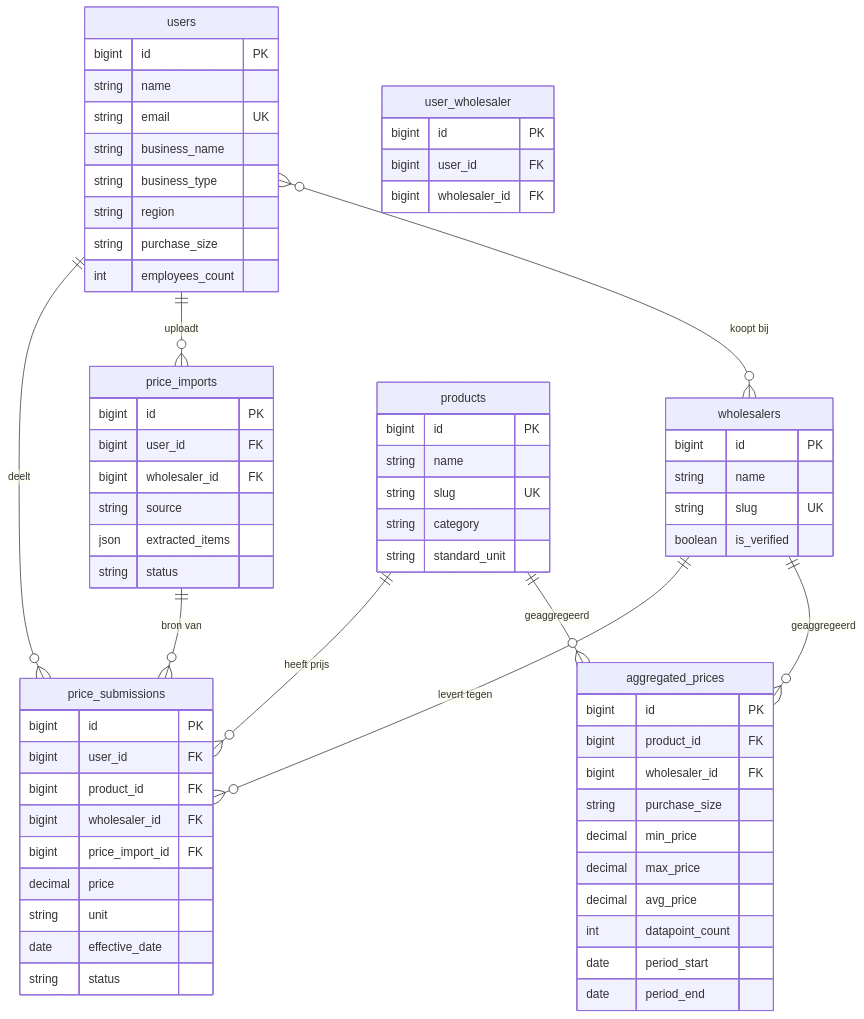
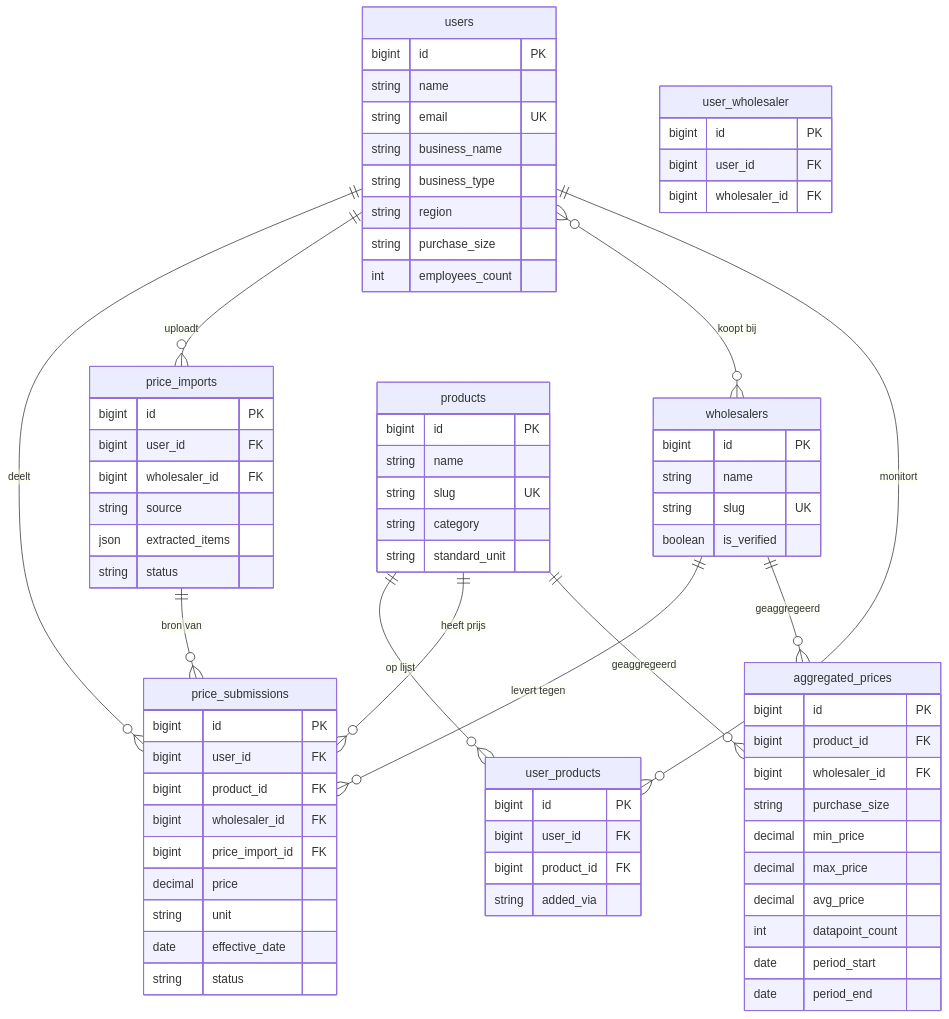
The diagram in docs/DATAMODEL.md (JorisPaarde/fizzybuzz), drawn with Mermaid before and after one commit. The commit also changed other lines of this file and 16 other files, not shown here.

````diff
--- a/docs/DATAMODEL.md
+++ b/docs/DATAMODEL.md
@@ -30,6 +30,8 @@
     users ||--o{ price_submissions : "deelt"
     users ||--o{ price_imports : "uploadt"
     users }o--o{ wholesalers : "koopt bij"
+    users ||--o{ user_products : "monitort"
+    products ||--o{ user_products : "op lijst"
 
     products ||--o{ price_submissions : "heeft prijs"
     wholesalers ||--o{ price_submissions : "levert tegen"
@@ -104,4 +106,11 @@
         bigint user_id FK
         bigint wholesaler_id FK
     }
+
+    user_products {
+        bigint id PK
+        bigint user_id FK
+        bigint product_id FK
+        string added_via
+    }
 ```
````
